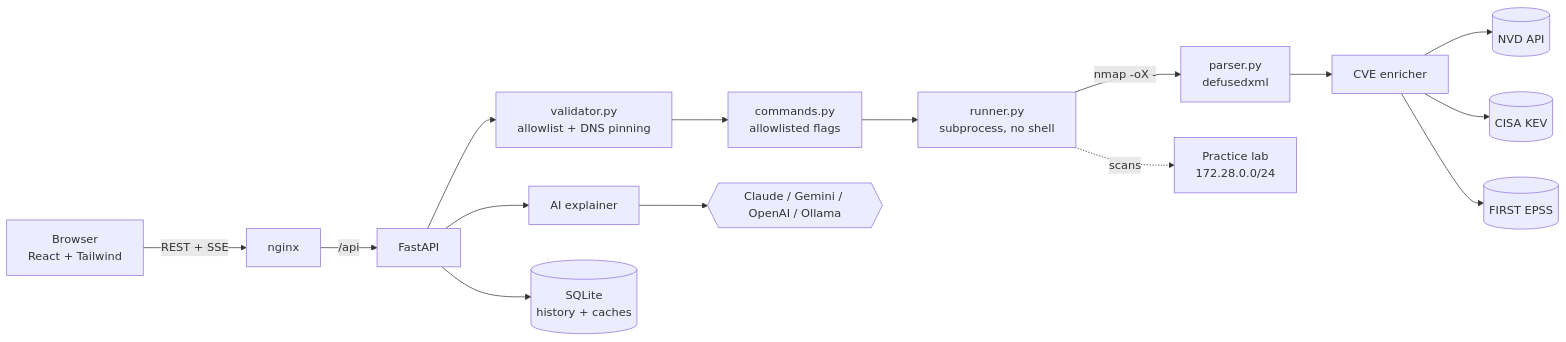
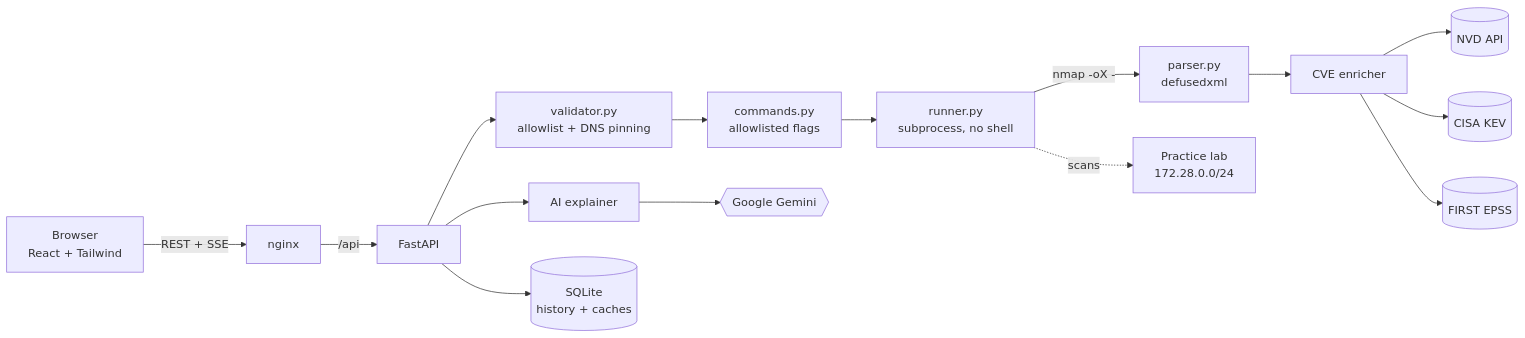
Before and after one commit to zainabthaa/scansight: the diagram in README.md, drawn with Mermaid. The commit also changed other lines of this file and 13 other files, not shown here.

````diff
--- a/README.md
+++ b/README.md
@@ -52,17 +52,17 @@
 ```mermaid
 flowchart LR
     U[Browser<br/>React + Tailwind] -->|REST + SSE| N[nginx]
     N -->|/api| A[FastAPI]
     A --> V[validator.py<br/>allowlist + DNS pinning]
     V --> C[commands.py<br/>allowlisted flags]
     C --> R[runner.py<br/>subprocess, no shell]
     R -->|nmap -oX -| P[parser.py<br/>defusedxml]
     P --> E[CVE enricher]
     E --> NVD[(NVD API)]
     E --> KEV[(CISA KEV)]
     E --> EPSS[(FIRST EPSS)]
     A --> AI[AI explainer]
-    AI --> LLM{{Claude / Gemini / OpenAI / Ollama}}
+    AI --> LLM{{Google Gemini}}
     A --> DB[(SQLite<br/>history + caches)]
     R -.->|scans| LAB[Practice lab<br/>172.28.0.0/24]
 ```
````
